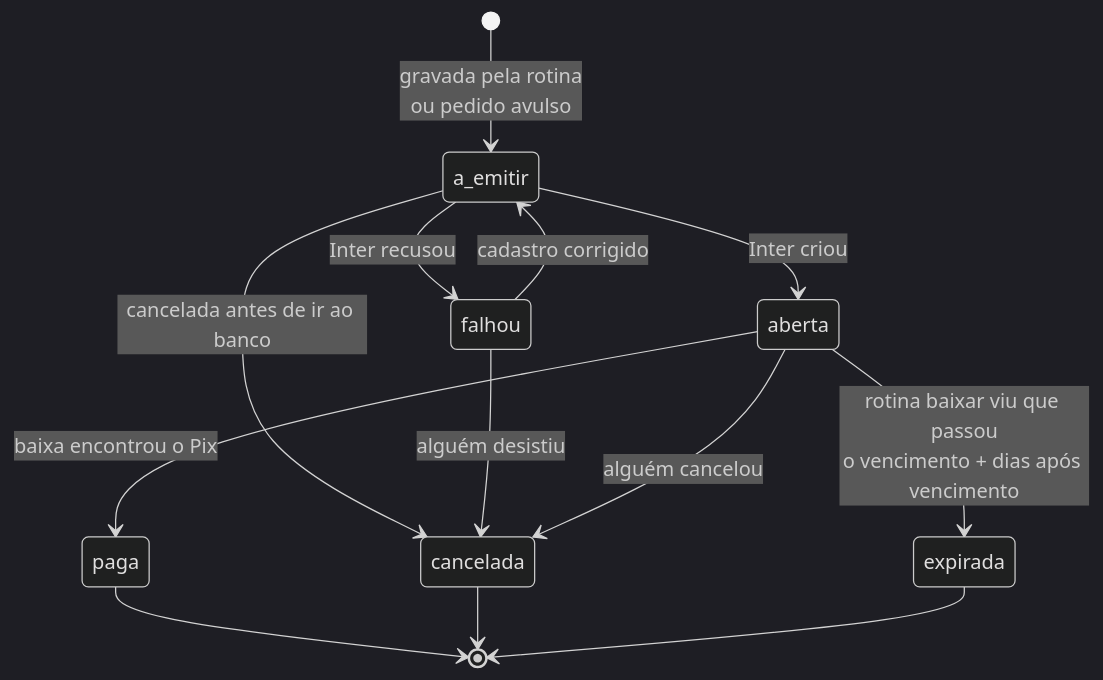
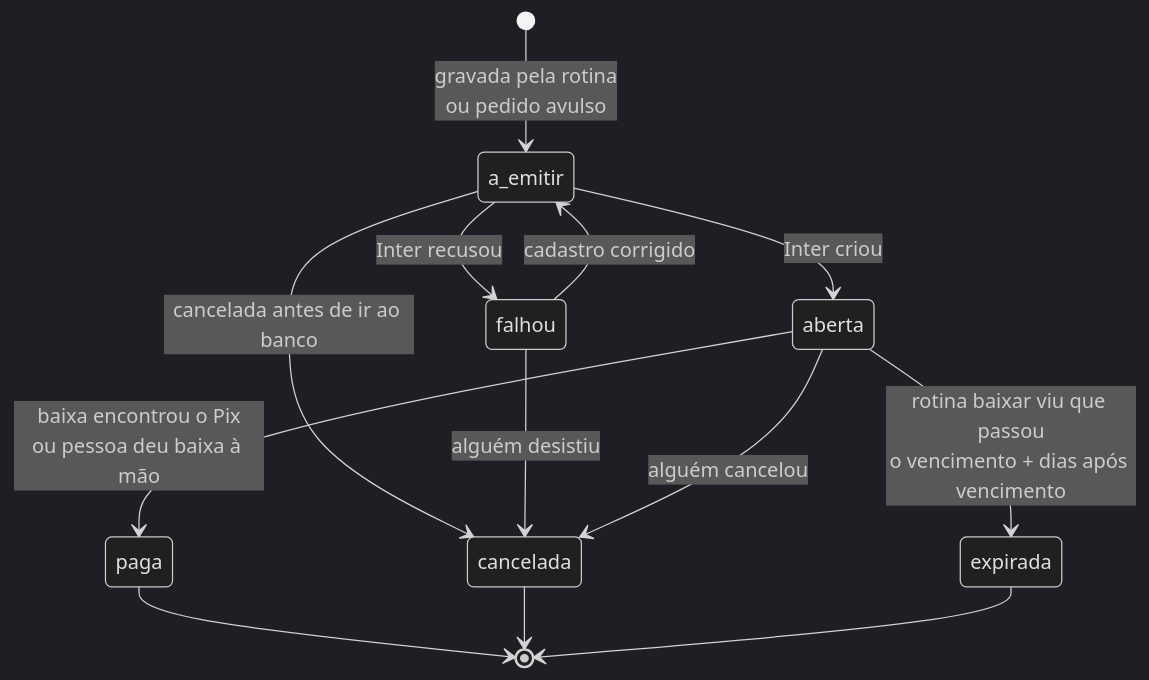
Before and after one commit to leonardorudolfocardoso/pix-em-dia: the seventh of 9 diagrams in docs/processos.md, drawn with Mermaid (dark theme). The commit also changed other lines of this file and 3 other files, not shown here.

````diff
--- a/docs/processos.md
+++ b/docs/processos.md
@@ -176,15 +184,15 @@
 ```mermaid
 stateDiagram-v2
   [*] --> a_emitir: gravada pela rotina<br/>ou pedido avulso
   a_emitir --> aberta: Inter criou
   a_emitir --> falhou: Inter recusou
   falhou --> a_emitir: cadastro corrigido
   a_emitir --> cancelada: cancelada antes de ir ao banco
   falhou --> cancelada: alguém desistiu
-  aberta --> paga: baixa encontrou o Pix
+  aberta --> paga: baixa encontrou o Pix<br/>ou pessoa deu baixa à mão
   aberta --> cancelada: alguém cancelou
   aberta --> expirada: rotina baixar viu que passou<br/>o vencimento + dias após vencimento
   paga --> [*]
   cancelada --> [*]
   expirada --> [*]
 ```
````
